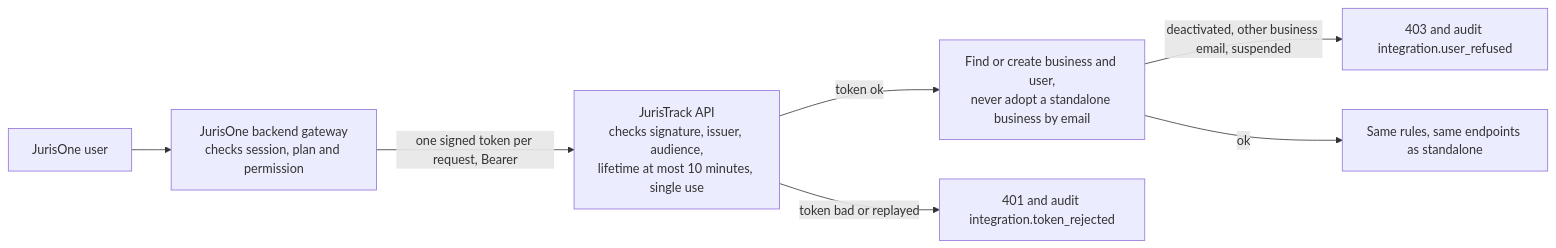
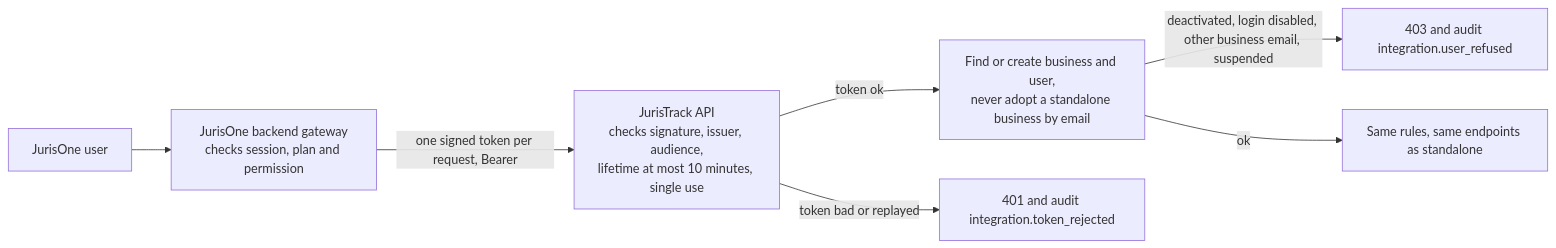
One commit to amitjurislpo/juris-track changed diagram 15 of 17 in references/FLOW-JurisTrack.md. Above: the diagram before and after it, drawn with Mermaid. The commit also changed other lines of this file and 21 other files, not shown here.

````diff
--- a/references/FLOW-JurisTrack.md
+++ b/references/FLOW-JurisTrack.md
@@ -535,9 +536,9 @@
 ```mermaid
 flowchart LR
     U["JurisOne user"] --> JB["JurisOne backend gateway<br/>checks session, plan and permission"]
     JB -->|"one signed token per request, Bearer"| TK["JurisTrack API<br/>checks signature, issuer, audience,<br/>lifetime at most 10 minutes, single use"]
     TK -->|"token ok"| P["Find or create business and user,<br/>never adopt a standalone business by email"]
     TK -->|"token bad or replayed"| R["401 and audit integration.token_rejected"]
-    P -->|"deactivated, other business email, suspended"| F["403 and audit integration.user_refused"]
+    P -->|"deactivated, login disabled, other business email, suspended"| F["403 and audit integration.user_refused"]
     P -->|"ok"| RULES["Same rules, same endpoints as standalone"]
 ```
````
